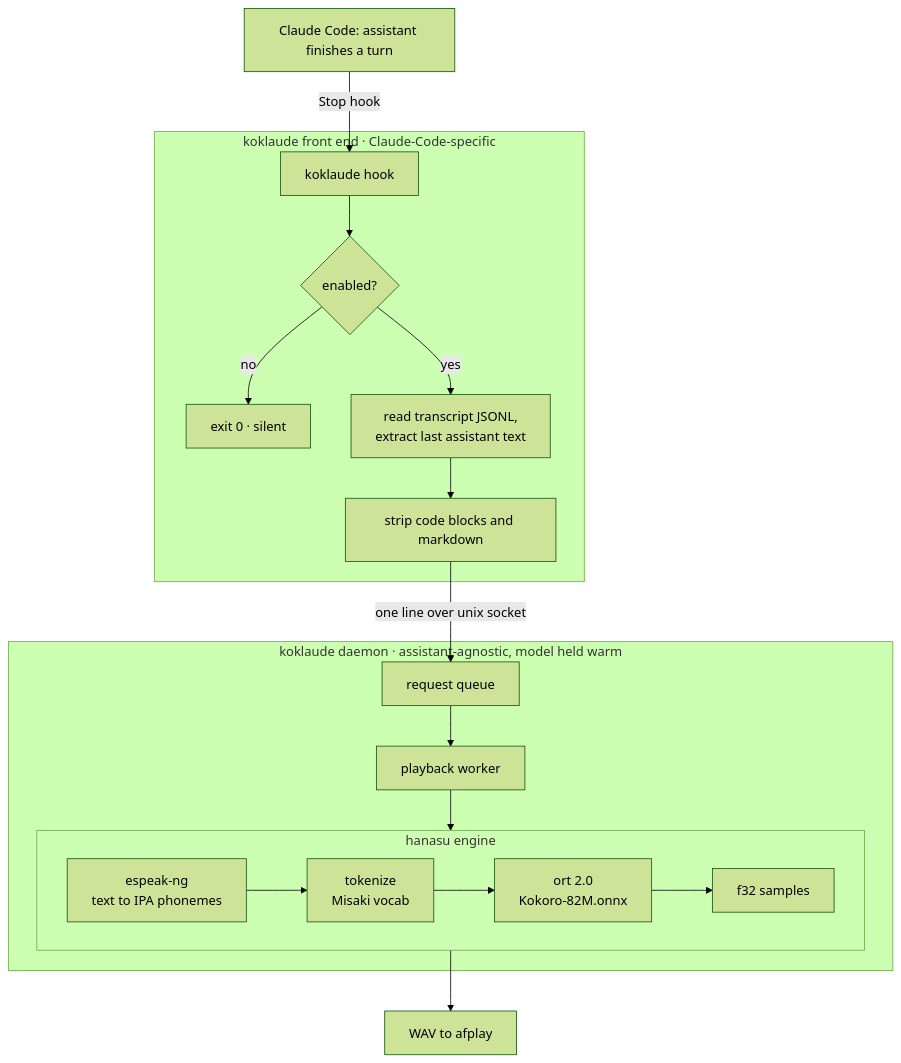
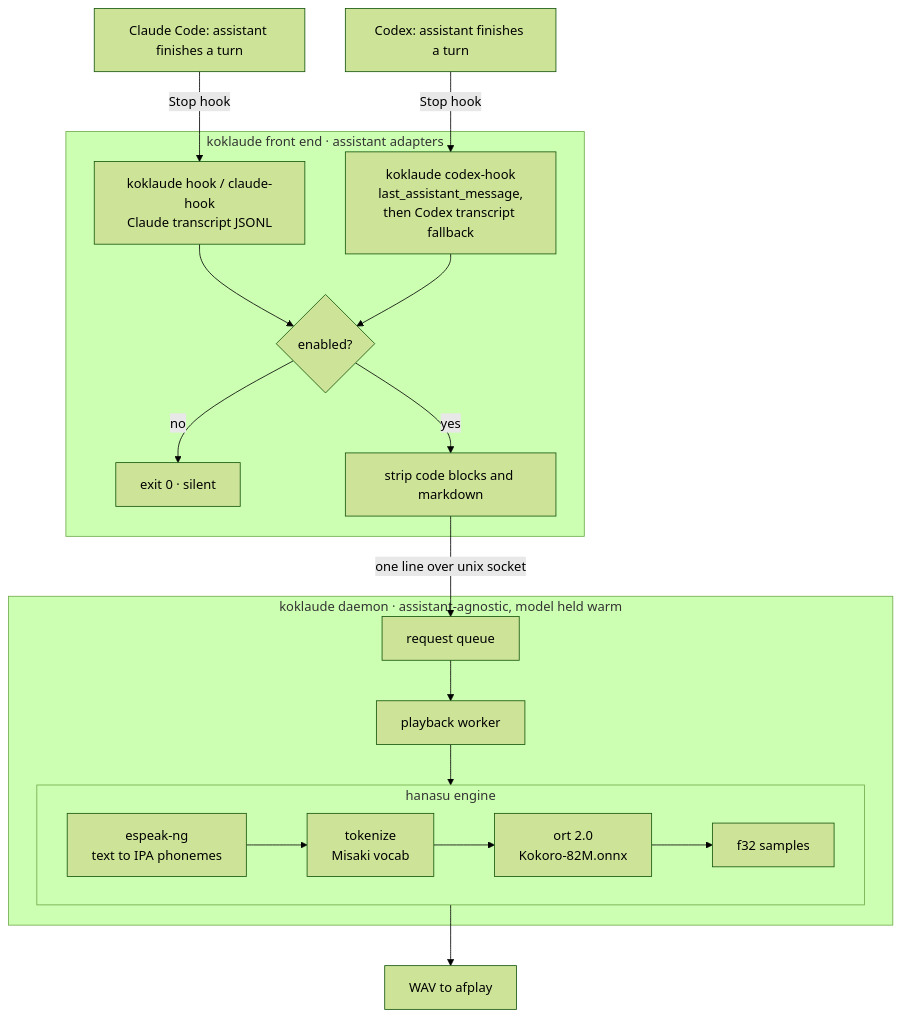
One commit to amasotti/koklaude changed the diagram in docs/architecture.md. Above: the diagram before and after it, drawn with Mermaid (forest theme). The commit also changed other lines of this file and 8 other files, not shown here.

Commit message:
feat: support codex as further coding assistant

````diff
--- a/docs/architecture.md
+++ b/docs/architecture.md
@@ -10,26 +10,27 @@
 ```mermaid
 flowchart TD
-    CC[Claude Code: assistant finishes a turn] -->|Stop hook| HOOK
+    CC[Claude Code: assistant finishes a turn] -->|Stop hook| CLAUDE
+    CX[Codex: assistant finishes a turn] -->|Stop hook| CODEX
 
-    subgraph FRONTEND[koklaude front end · Claude-Code-specific]
-        HOOK[koklaude hook] --> ENABLED{enabled?}
+    subgraph FRONTEND[koklaude front end · assistant adapters]
+        CLAUDE[koklaude hook / claude-hook<br/>Claude transcript JSONL] --> ENABLED{enabled?}
+        CODEX[koklaude codex-hook<br/>last_assistant_message,<br/>then Codex transcript fallback] --> ENABLED
         ENABLED -->|no| EXIT[exit 0 · silent]
-        ENABLED -->|yes| READ[read transcript JSONL,<br/>extract last assistant text]
-        READ --> STRIP[strip code blocks and markdown]
+        ENABLED -->|yes| STRIP[strip code blocks and markdown]
     end
 
     STRIP -->|one line over unix socket| QUEUE
 
     subgraph DAEMON[koklaude daemon · assistant-agnostic, model held warm]
         QUEUE[request queue] --> WORKER[playback worker]
         WORKER --> ENGINE
         subgraph ENGINE[hanasu engine]
             direction LR
             P[espeak-ng<br/>text to IPA phonemes] --> T[tokenize<br/>Misaki vocab]
             T --> O[ort 2.0<br/>Kokoro-82M.onnx]
             O --> S[f32 samples]
         end
     end
 
     S --> AUDIO[WAV to afplay]
 ```
````
